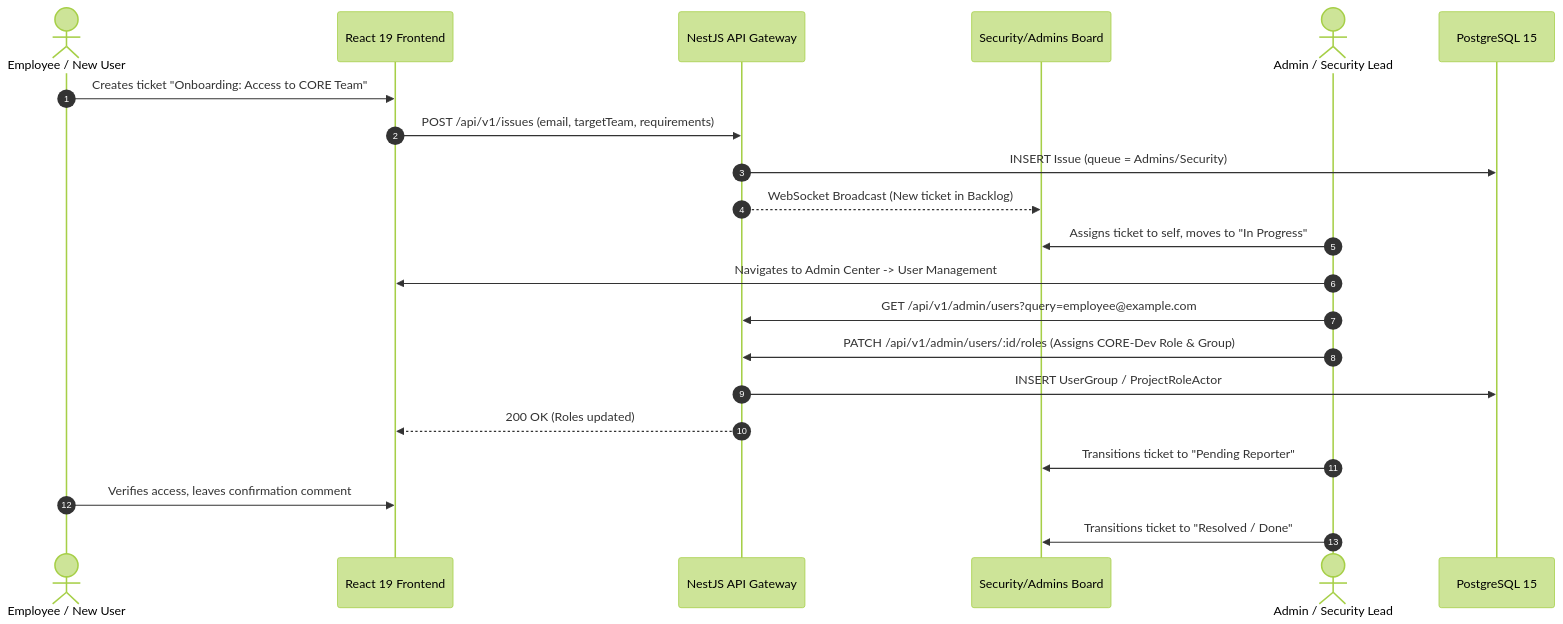
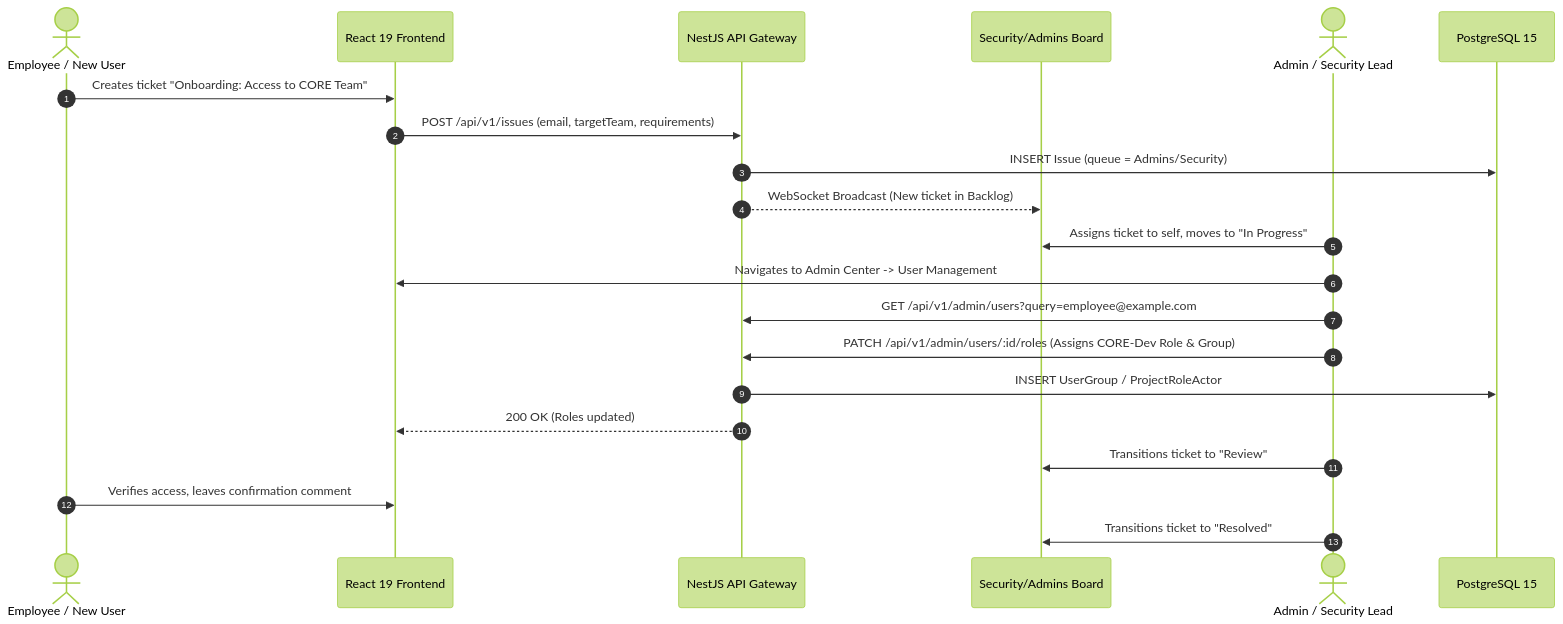
Before and after one commit to finkord/bug-tracker: the diagram in documentation/architecture/diagrams/onboarding_rbac_workflow.mmd, drawn with Mermaid (forest theme). The commit also changed 12 other files, not shown here.

First line of the commit message:
docs(architecture): sync documentation, skills, diagrams, and png renders

```diff
--- a/documentation/architecture/diagrams/onboarding_rbac_workflow.mmd
+++ b/documentation/architecture/diagrams/onboarding_rbac_workflow.mmd
@@ -1,22 +1,22 @@
 sequenceDiagram
     autonumber
     actor Employee as Employee / New User
     participant Frontend as React 19 Frontend
     participant Gateway as NestJS API Gateway
     participant Kanban as Security/Admins Board
     actor Admin as Admin / Security Lead
     participant DB as PostgreSQL 15
 
     Employee->>Frontend: Creates ticket "Onboarding: Access to CORE Team"
     Frontend->>Gateway: POST /api/v1/issues (email, targetTeam, requirements)
     Gateway->>DB: INSERT Issue (queue = Admins/Security)
     Gateway-->>Kanban: WebSocket Broadcast (New ticket in Backlog)
     Admin->>Kanban: Assigns ticket to self, moves to "In Progress"
     Admin->>Frontend: Navigates to Admin Center -> User Management
     Admin->>Gateway: GET /api/v1/admin/users?query=employee@example.com
     Admin->>Gateway: PATCH /api/v1/admin/users/:id/roles (Assigns CORE-Dev Role & Group)
     Gateway->>DB: INSERT UserGroup / ProjectRoleActor
     Gateway-->>Frontend: 200 OK (Roles updated)
-    Admin->>Kanban: Transitions ticket to "Pending Reporter"
+    Admin->>Kanban: Transitions ticket to "Review"
     Employee->>Frontend: Verifies access, leaves confirmation comment
-    Admin->>Kanban: Transitions ticket to "Resolved / Done"
+    Admin->>Kanban: Transitions ticket to "Resolved"
```
